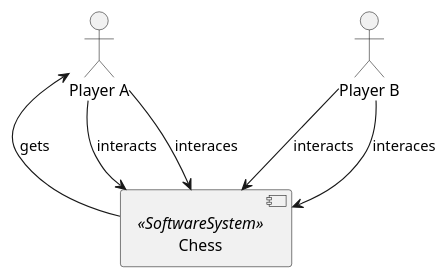
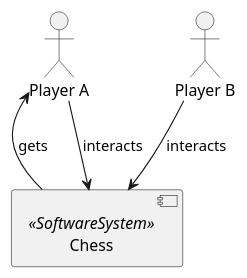
Before and after one commit to marcozwyssig/cleon: the diagram in src/cleonproject.deliverables.architecture.model.architecture/src/cleon.architecturemethods.arc42.sample/img/cleon_architecturemethods_arc42_sample_arc42/Fachliches_Kontext_Diagramm.puml, drawn with PlantUML. The commit also changed 1134 other files, not shown here.

```diff
--- a/src/cleonproject.deliverables.architecture.model.architecture/src/cleon.architecturemethods.arc42.sample/img/cleon_architecturemethods_arc42_sample_arc42/Fachliches_Kontext_Diagramm.puml
+++ b/src/cleonproject.deliverables.architecture.model.architecture/src/cleon.architecturemethods.arc42.sample/img/cleon_architecturemethods_arc42_sample_arc42/Fachliches_Kontext_Diagramm.puml
@@ -1,15 +1,13 @@
 @startuml
 skinparam monochrome true
 skinparam componentStyle uml2
 actor Player__F_A as "Player A"
 actor Player__F_B as "Player B"
 component Chess as "Chess" <<SoftwareSystem>>
 Chess -up-> Player__F_A : gets
 Player__F_A -down-> Chess : interacts
-Player__F_A -down-> Chess : interaces
 Player__F_B -down-> Chess : interacts
-Player__F_B -down-> Chess : interaces
 ' Begin Protected Region [[layouting]]
 
 ' End Protected Region   [[layouting]]
 @enduml
```
